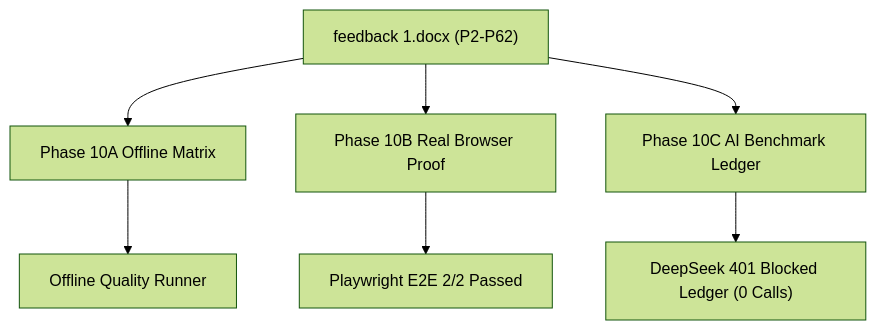
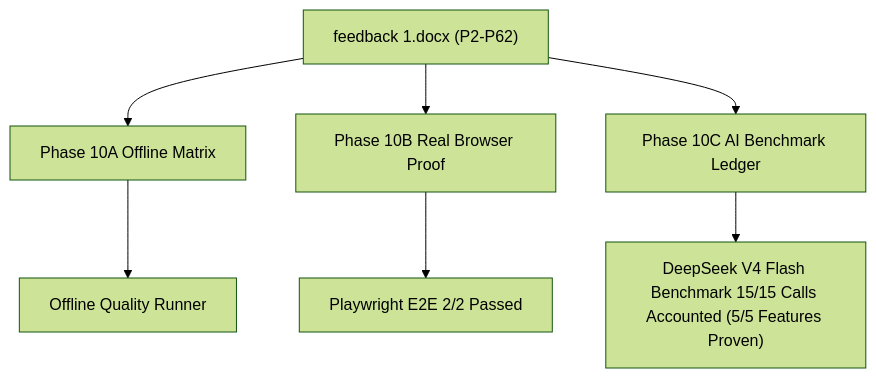
One commit to Wisnu8aji/paax-ai changed the diagram in report/report_drawing_intelligence/FEEDBACK1_ACCEPTANCE_AUDIT_2026-07-26.md. Above: the diagram before and after it, drawn with Mermaid (forest theme). The commit also changed other lines of this file and 3 other files, not shown here.

Commit message:
feat(di): complete Phase 10C live DeepSeek benchmark with 15-call accounting

````diff
--- a/report/report_drawing_intelligence/FEEDBACK1_ACCEPTANCE_AUDIT_2026-07-26.md
+++ b/report/report_drawing_intelligence/FEEDBACK1_ACCEPTANCE_AUDIT_2026-07-26.md
@@ -15,9 +15,9 @@
 ```mermaid
 flowchart TD
     A["feedback 1.docx (P2-P62)"] --> B["Phase 10A Offline Matrix"]
     A --> C["Phase 10B Real Browser Proof"]
     A --> D["Phase 10C AI Benchmark Ledger"]
     B --> E["Offline Quality Runner"]
     C --> F["Playwright E2E 2/2 Passed"]
-    D --> G["DeepSeek 401 Blocked Ledger (0 Calls)"]
+    D --> G["DeepSeek V4 Flash Benchmark 15/15 Calls Accounted (5/5 Features Proven)"]
 ```
````
